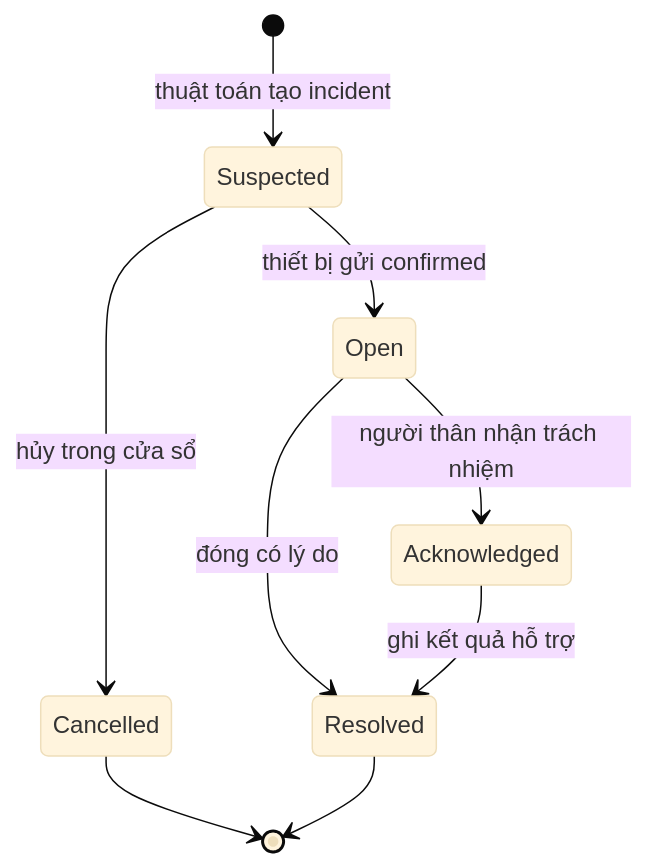
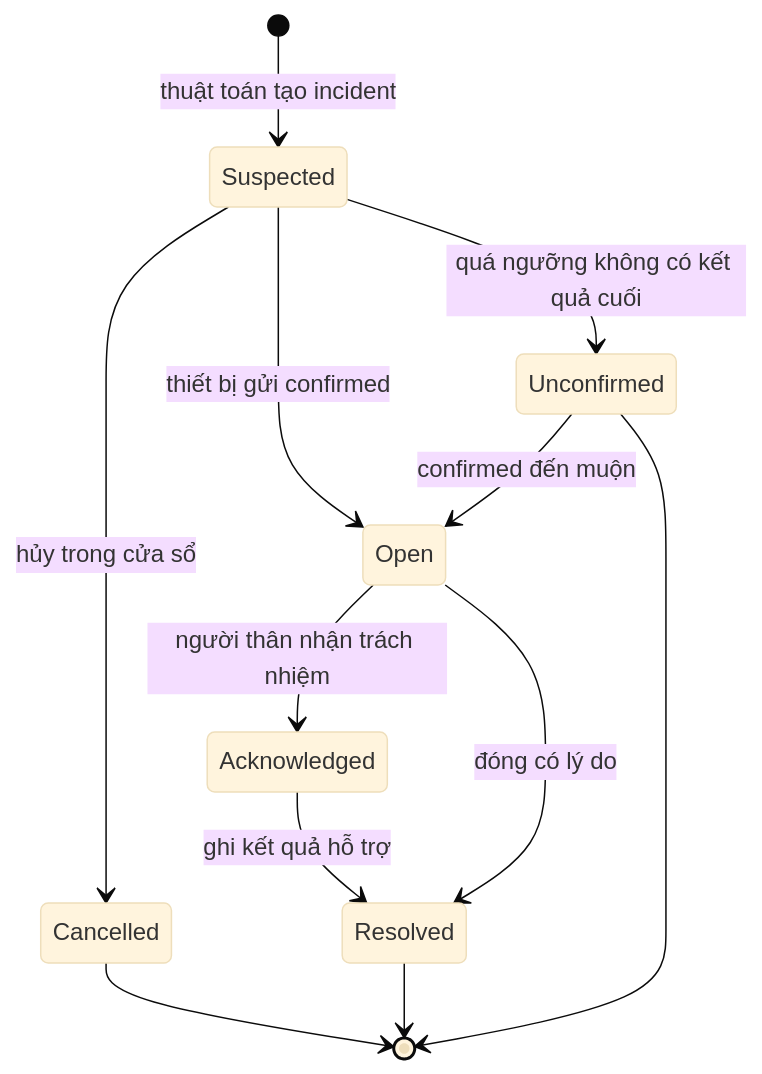
The second of 2 diagrams in docs/03-kien-truc-he-thong.md (Tung204/Heart-iot), drawn with Mermaid (base theme) before and after one commit. The commit also changed other lines of this file and 21 other files, not shown here.

````diff
--- a/docs/03-kien-truc-he-thong.md
+++ b/docs/03-kien-truc-he-thong.md
@@ -48,11 +69,14 @@
 ```mermaid
 stateDiagram-v2
     [*] --> Suspected: thuật toán tạo incident
     Suspected --> Cancelled: hủy trong cửa sổ
     Suspected --> Open: thiết bị gửi confirmed
+    Suspected --> Unconfirmed: quá ngưỡng không có kết quả cuối
+    Unconfirmed --> Open: confirmed đến muộn
     Open --> Acknowledged: người thân nhận trách nhiệm
     Open --> Resolved: đóng có lý do
     Acknowledged --> Resolved: ghi kết quả hỗ trợ
     Cancelled --> [*]
+    Unconfirmed --> [*]
     Resolved --> [*]
 ```
````
